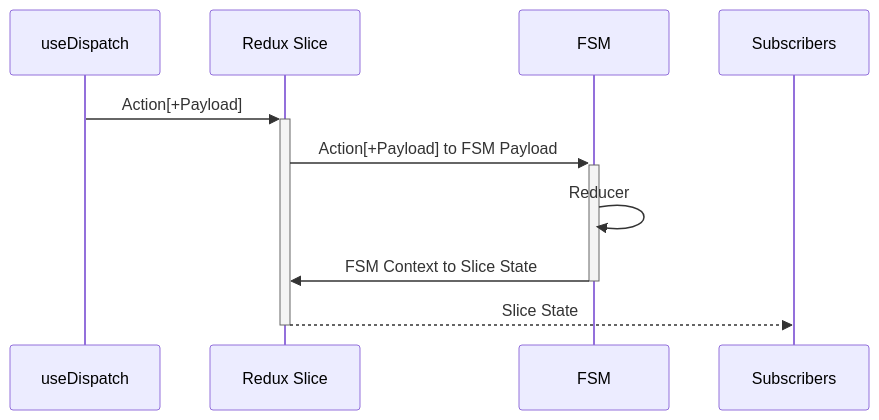
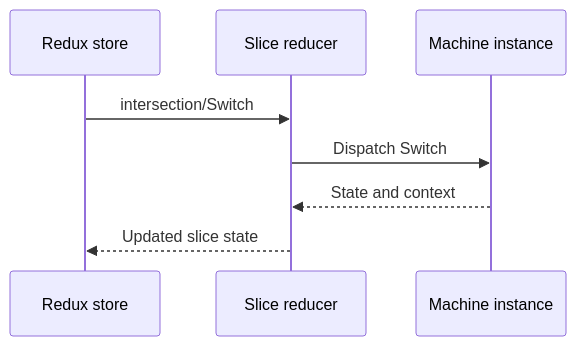
One commit to tfcp68/yantrix changed the second of 3 diagrams in docs/integrations/200_redux.md. Above: the diagram before and after it, drawn with Mermaid. The commit also changed other lines of this file and 9 other files, not shown here.

Commit message:
feat(redux): export FSM middleware and document integration routing

````diff
--- a/docs/integrations/200_redux.md
+++ b/docs/integrations/200_redux.md
@@ -58,8 +54,10 @@
 ```mermaid
 sequenceDiagram
-	useDispatch ->>+ Redux Slice: Action[+Payload]
-	Redux Slice ->>+ FSM: Action[+Payload] to FSM Payload
-	FSM ->> FSM: Reducer
-	FSM ->>- Redux Slice: FSM Context to Slice State
-	Redux Slice -->>- Subscribers: Slice State
+    participant Store as Redux store
+    participant Slice as Slice reducer
+    participant FSM as Machine instance
+    Store->>Slice: intersection/Switch
+    Slice->>FSM: Dispatch Switch
+    FSM-->>Slice: State and context
+    Slice-->>Store: Updated slice state
 ```
````
